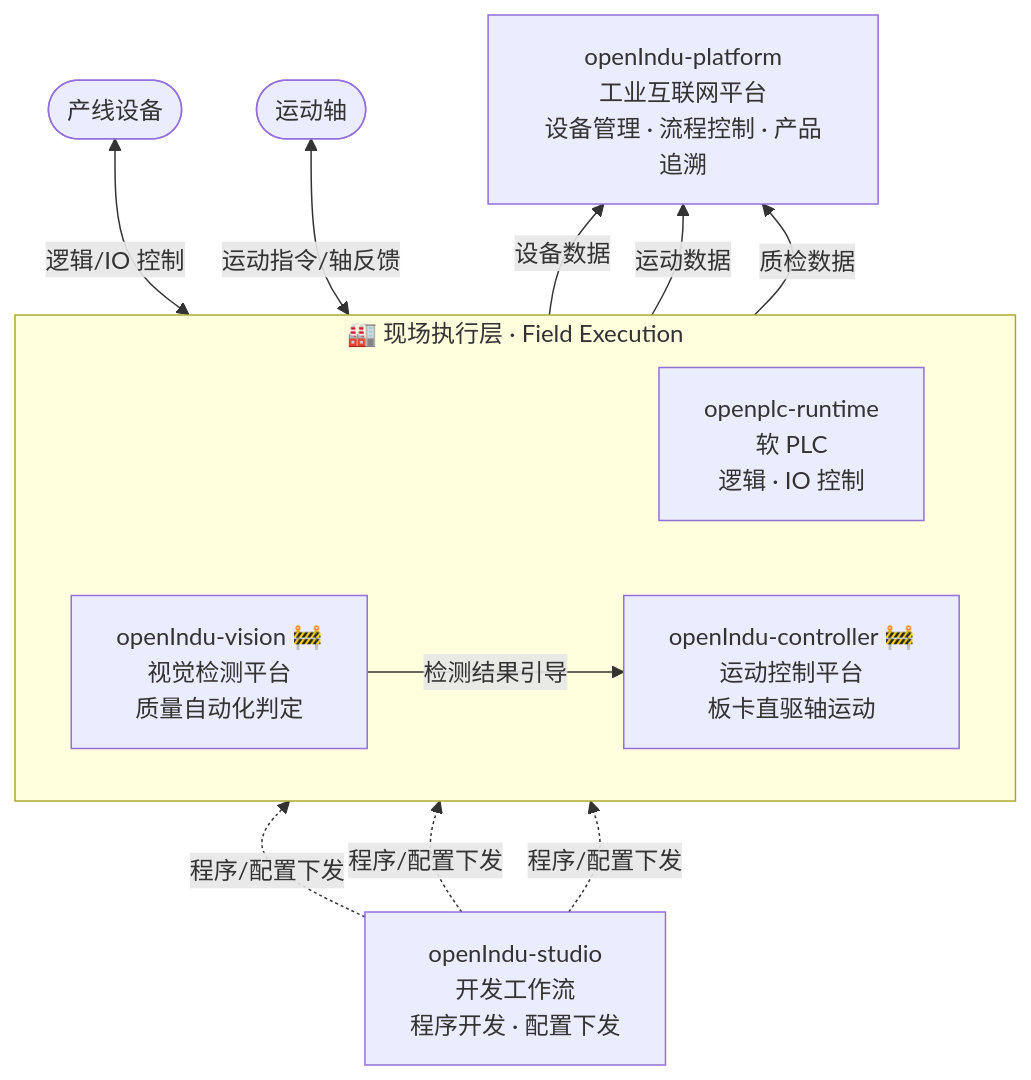
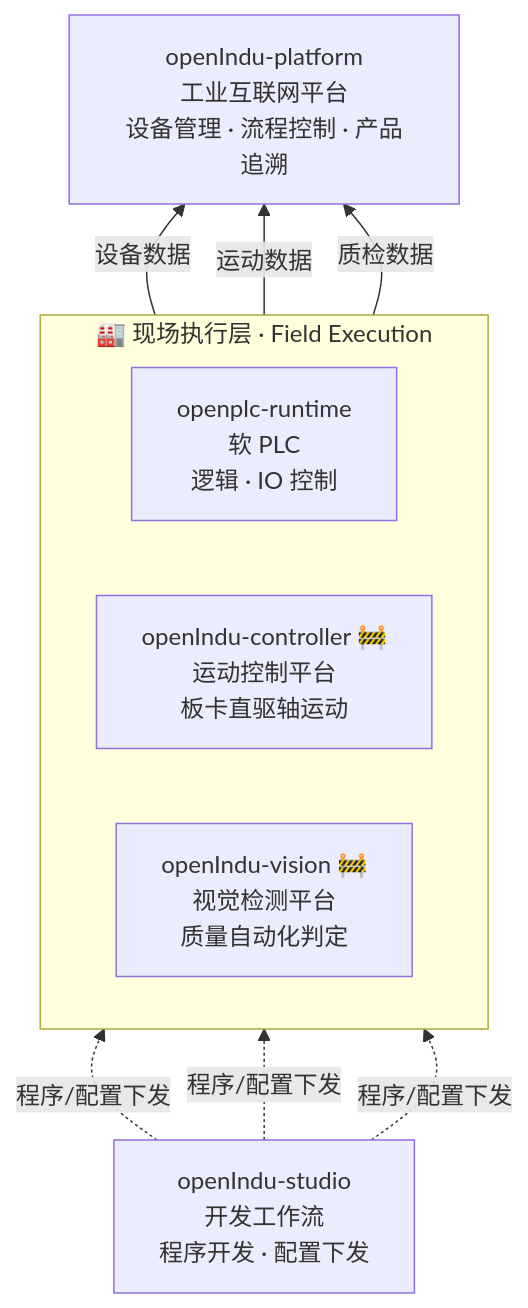
One commit to openIndu/.github changed the first of 2 diagrams in profile/README.md. Above: the diagram before and after it, drawn with Mermaid. The commit also changed other lines of this file, not shown here.

Commit message:
docs(profile): simplify industrial data flow
- Remove the vision->controller visual-guidance edge
- Remove field device-drive edges (soft PLC<->devices, controller<->axis)
  and the standalone device nodes
- Field platforms now just show dev-time deploy (from studio) and runtime
  data upload (to platform); update prose/table to match

````diff
--- a/profile/README.md
+++ b/profile/README.md
@@ -40,36 +40,29 @@
 ```mermaid
 flowchart BT
     studio["openIndu-studio<br/>开发工作流<br/>程序开发 · 配置下发"]
 
     subgraph field["🏭 现场执行层 · Field Execution"]
         direction LR
         plc["openplc-runtime<br/>软 PLC<br/>逻辑 · IO 控制"]
         controller["openIndu-controller 🚧<br/>运动控制平台<br/>板卡直驱轴运动"]
         vision["openIndu-vision 🚧<br/>视觉检测平台<br/>质量自动化判定"]
     end
 
     iiot["openIndu-platform<br/>工业互联网平台<br/>设备管理 · 流程控制 · 产品追溯"]
 
     %% 开发态：下发程序/配置（虚线）
     studio -. 程序/配置下发 .-> plc
     studio -. 程序/配置下发 .-> controller
     studio -. 程序/配置下发 .-> vision
 
-    %% 运行态：现场设备直驱（双向）
-    plc <-- 逻辑/IO 控制 --> dev1([产线设备])
-    controller <-- 运动指令/轴反馈 --> dev2([运动轴])
-
-    %% 视觉引导运动
-    vision -- 检测结果引导 --> controller
-
     %% 运行数据上抛平台
     plc -- 设备数据 --> iiot
     controller -- 运动数据 --> iiot
     vision -- 质检数据 --> iiot
 
     click studio "https://github.com/openIndu/openIndu-studio" _blank
     click plc "https://github.com/openIndu/openplc-runtime" _blank
     click controller "https://github.com/openIndu/openIndu-controller" _blank
     click vision "https://github.com/openIndu/openIndu-vision" _blank
     click iiot "https://github.com/openIndu/openIndu-platform" _blank
 ```
````
